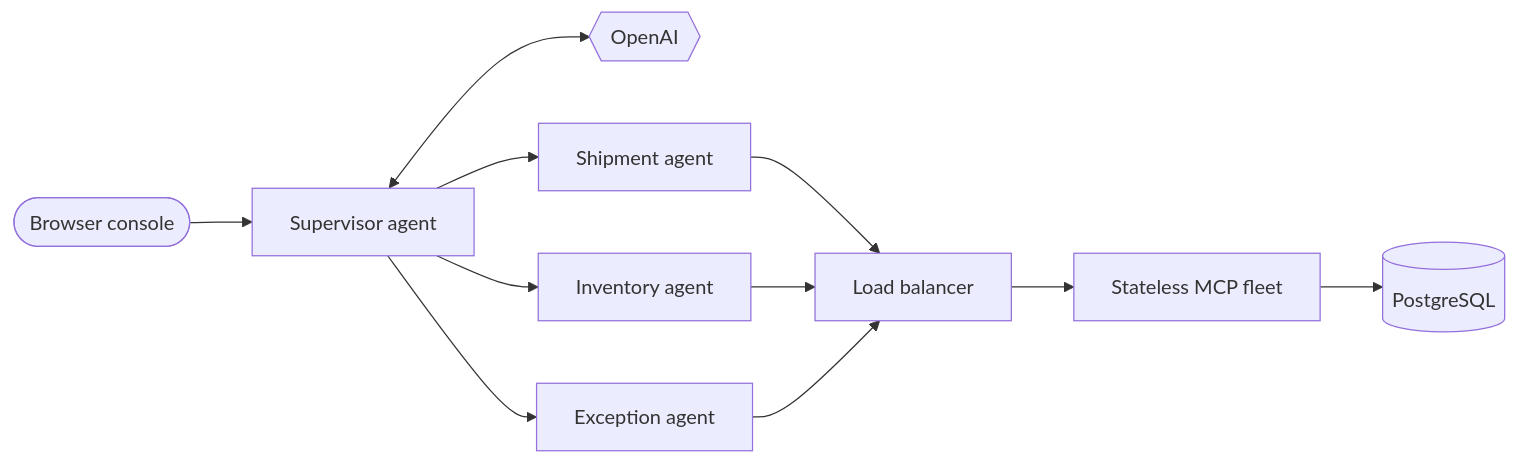
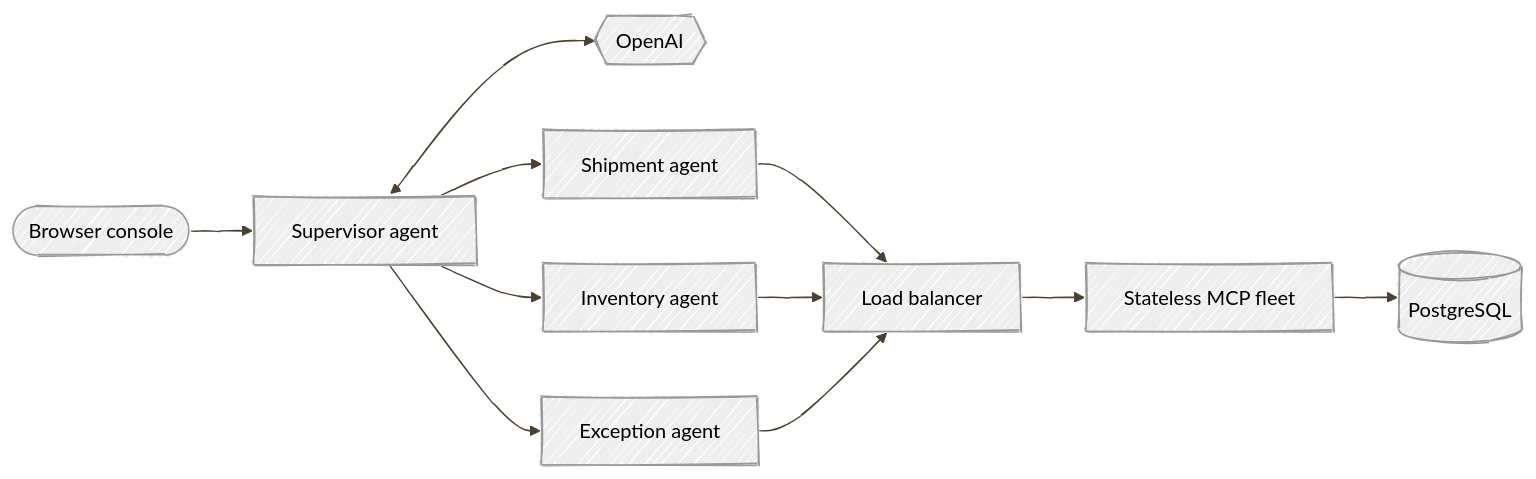
One commit to danieloh30/stateless-mcp-quarkus changed the diagram in docs/architecture.md. Above: the diagram before and after it, drawn with Mermaid.

Commit message:
Use hand-drawn architecture diagram

````diff
--- a/docs/architecture.md
+++ b/docs/architecture.md
@@ -5,11 +5,12 @@
 ```mermaid
+%%{init: {'look': 'handDrawn', 'theme': 'neutral', 'themeVariables': {'lineColor': '#4A4035'}}}%%
 flowchart LR
     UI([Browser console]) --> SUP[Supervisor agent]
     SUP <--> LLM{{OpenAI}}
     SUP --> SA[Shipment agent]
     SUP --> IA[Inventory agent]
     SUP --> EA[Exception agent]
     SA & IA & EA --> LB[Load balancer]
     LB --> FLEET[Stateless MCP fleet]
     FLEET --> DB[(PostgreSQL)]
 ```
````
